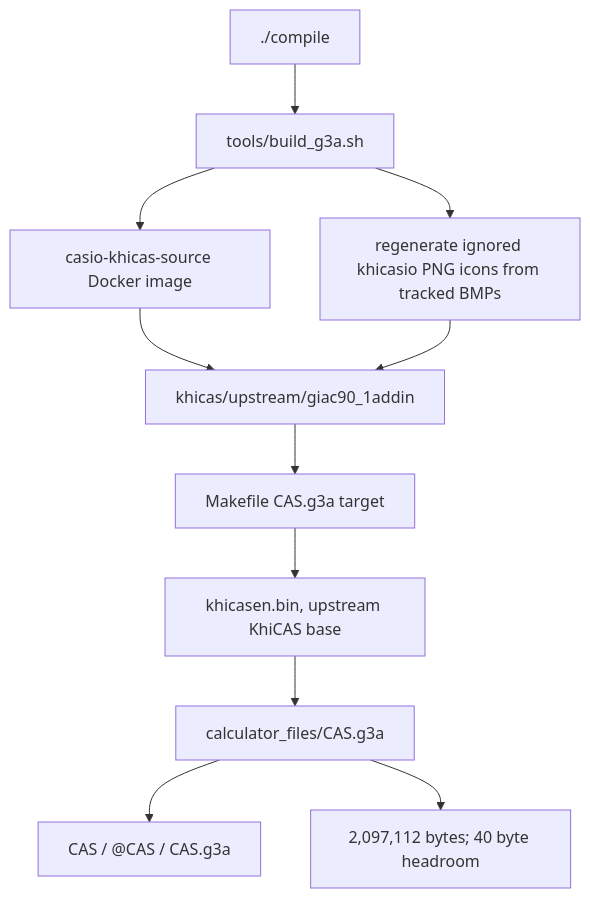
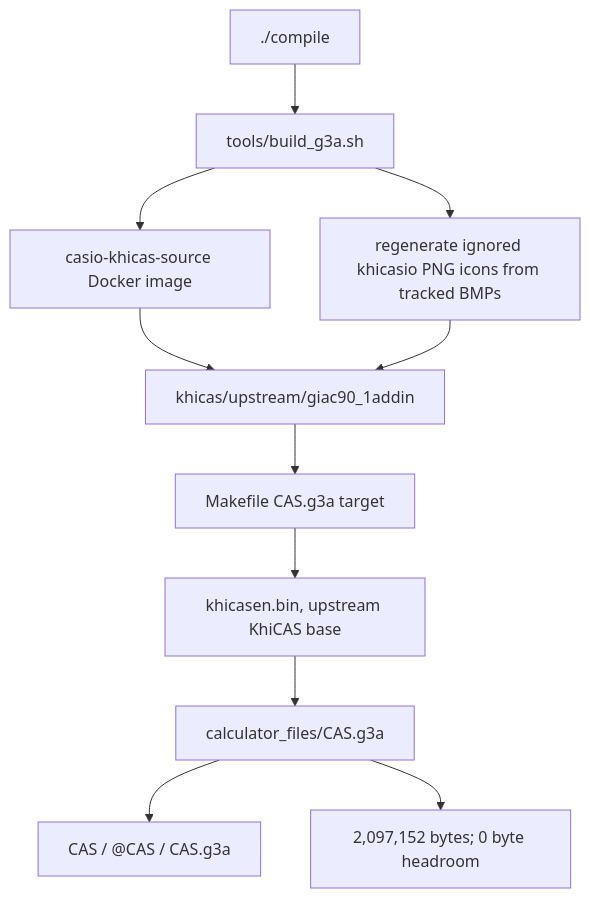
Before and after one commit to james8464/notes-addin-casio-fx-cg50: the first of 6 diagrams in docs/GRAPH.md, drawn with Mermaid. The commit also changed other lines of this file and 3 other files, not shown here.

````diff
--- a/docs/GRAPH.md
+++ b/docs/GRAPH.md
@@ -7,13 +7,13 @@
 ```mermaid
 graph TD
   Compile["./compile"] --> Build["tools/build_g3a.sh"]
   Build --> Docker["casio-khicas-source Docker image"]
   Docker --> Src["khicas/upstream/giac90_1addin"]
   Build --> Icons["regenerate ignored khicasio PNG icons from tracked BMPs"]
   Icons --> Src
   Src --> Make["Makefile CAS.g3a target"]
   Make --> Bin["khicasen.bin, upstream KhiCAS base"]
   Bin --> G3A["calculator_files/CAS.g3a"]
   G3A --> Meta["CAS / @CAS / CAS.g3a"]
-  G3A --> Size["2,097,112 bytes; 40 byte headroom"]
+  G3A --> Size["2,097,152 bytes; 0 byte headroom"]
 ```
````
